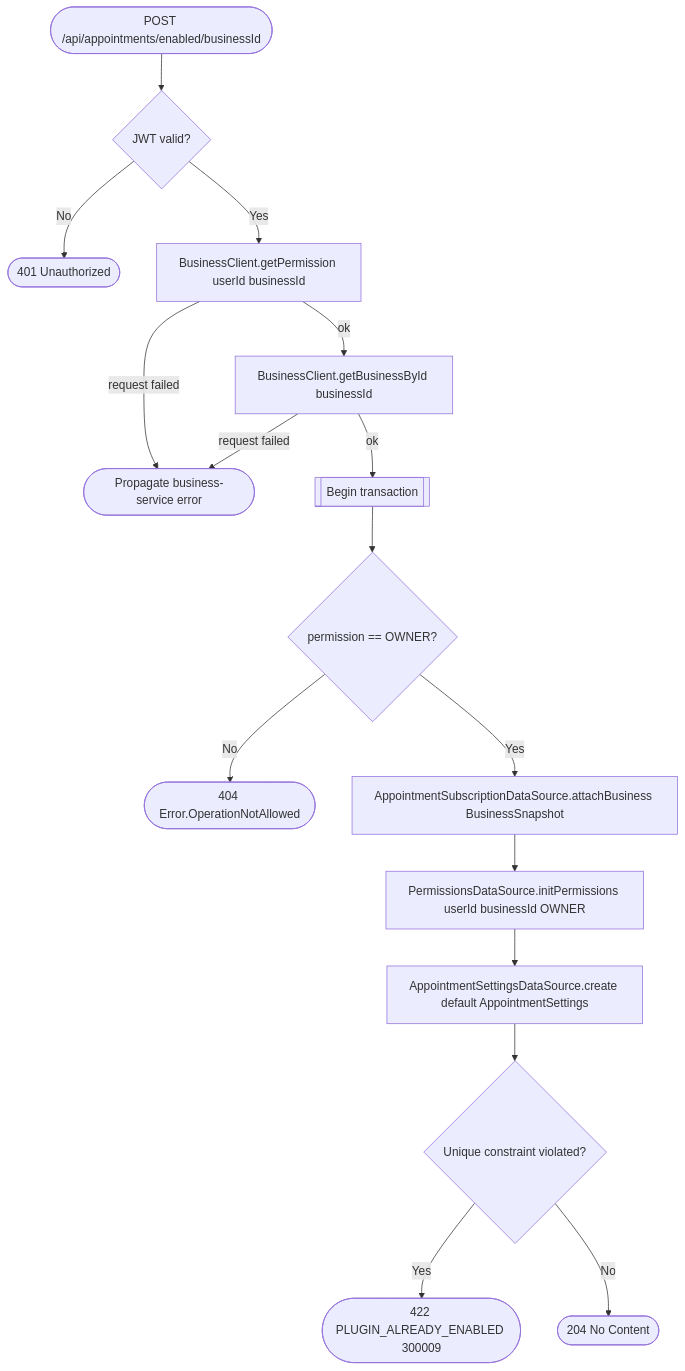
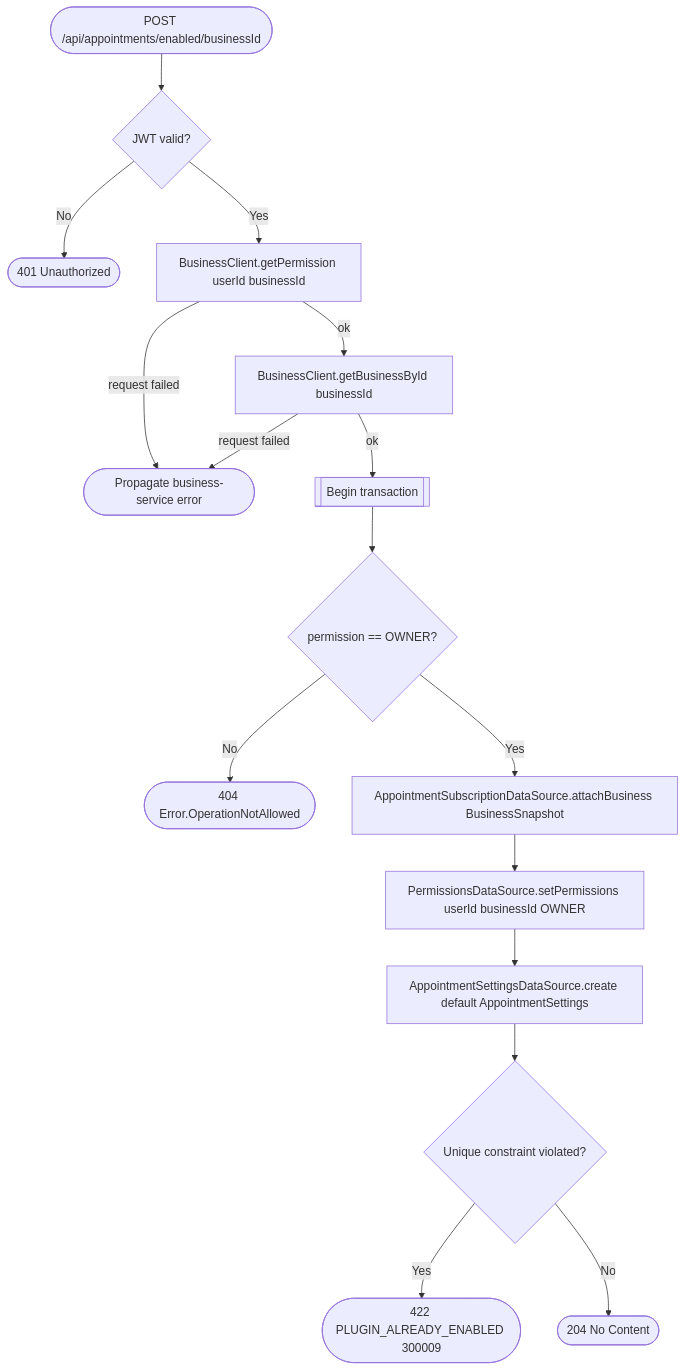
Before and after one commit to an22/bookk.me-backend: the diagram in docs/operations/appointments/enable-appointments-for-business.md, drawn with Mermaid. The commit also changed 55 other files, not shown here.

````diff
--- a/docs/operations/appointments/enable-appointments-for-business.md
+++ b/docs/operations/appointments/enable-appointments-for-business.md
@@ -12,18 +12,18 @@
 ```mermaid
 flowchart TD
     Start([POST /api/appointments/enabled/businessId]) --> Auth{JWT valid?}
     Auth -- No --> R401([401 Unauthorized])
     Auth -- Yes --> GetPerm[BusinessClient.getPermission userId businessId]
     GetPerm -- request failed --> RErr([Propagate business-service error])
     GetPerm -- ok --> GetBiz[BusinessClient.getBusinessById businessId]
     GetBiz -- request failed --> RErr
     GetBiz -- ok --> Tx[[Begin transaction]]
     Tx --> AssertOwner{permission == OWNER?}
     AssertOwner -- No --> R404([404 Error.OperationNotAllowed])
     AssertOwner -- Yes --> Attach[AppointmentSubscriptionDataSource.attachBusiness BusinessSnapshot]
-    Attach --> InitPerm[PermissionsDataSource.initPermissions userId businessId OWNER]
-    InitPerm --> CreateSettings[AppointmentSettingsDataSource.create default AppointmentSettings]
+    Attach --> SetPerm[PermissionsDataSource.setPermissions userId businessId OWNER]
+    SetPerm --> CreateSettings[AppointmentSettingsDataSource.create default AppointmentSettings]
     CreateSettings --> Constraint{Unique constraint violated?}
     Constraint -- Yes --> R422([422 PLUGIN_ALREADY_ENABLED 300009])
     Constraint -- No --> R204([204 No Content])
 ```
````
